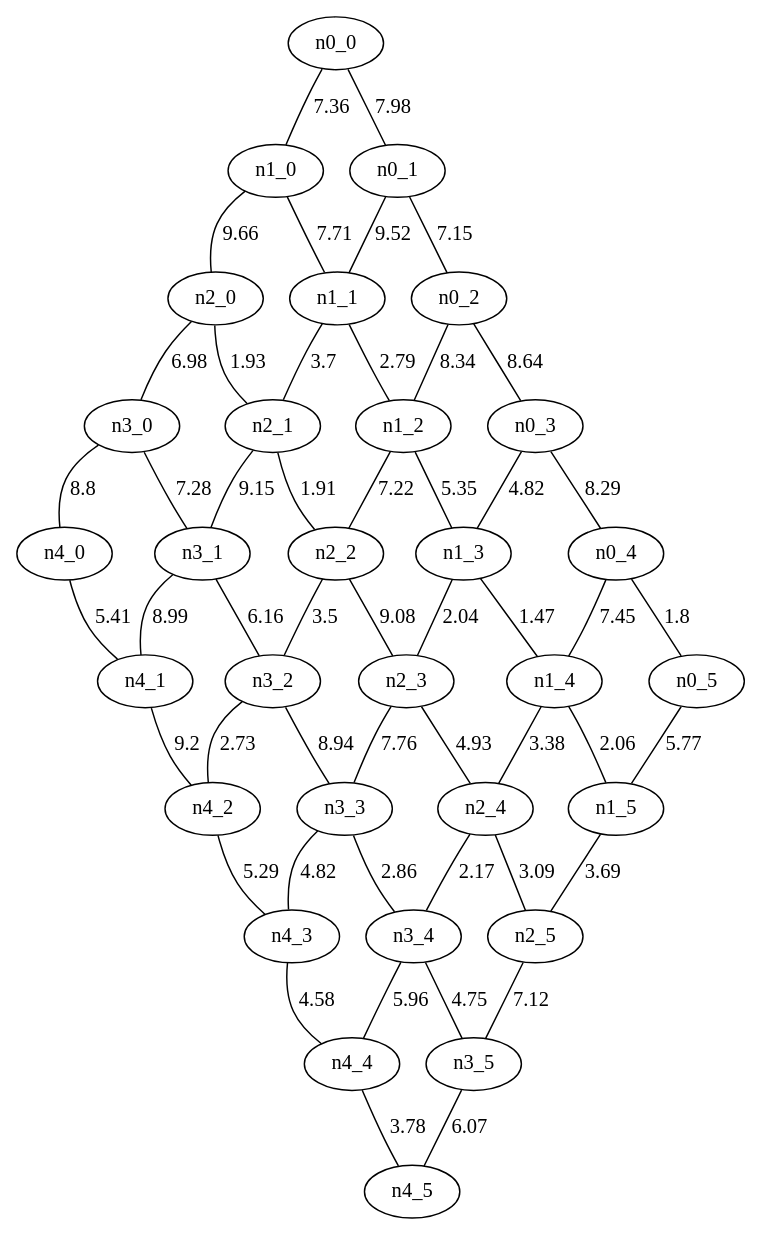
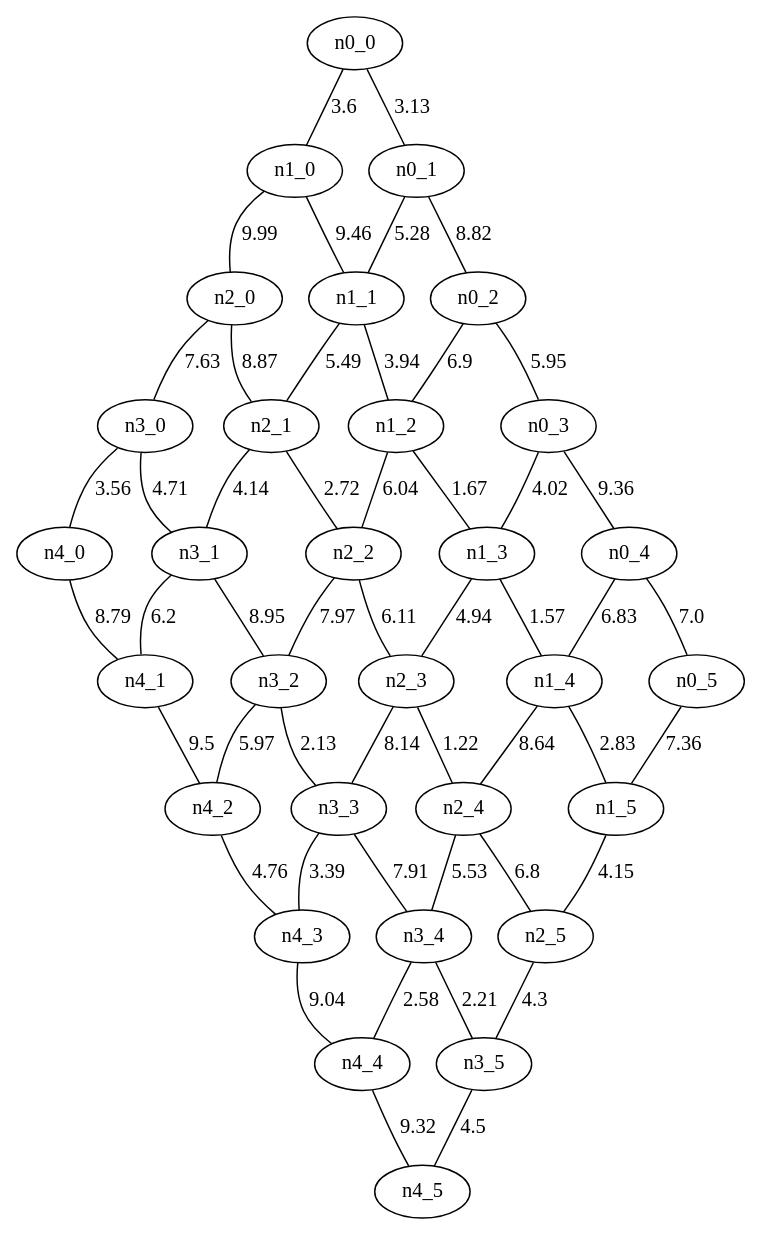
Before and after one commit to amorac4/DAA24: the diagram in Proyecto 3/ejemplos_grafo_dijkstra/grafo_malla_30.gv, drawn with Graphviz. The commit also changed 61 other files, not shown here.

```diff
--- a/Proyecto 3/ejemplos_grafo_dijkstra/grafo_malla_30.gv
+++ b/Proyecto 3/ejemplos_grafo_dijkstra/grafo_malla_30.gv
@@ -1,81 +1,81 @@
 graph G {
+"n1_0";
+"n0_0";
 "n4_3";
+"n3_1";
+"n1_4";
+"n0_2";
+"n2_0";
+"n4_2";
+"n3_3";
+"n3_4";
+"n0_1";
+"n1_3";
+"n2_3";
+"n2_2";
 "n2_4";
-"n1_0";
-"n3_4";
-"n3_1";
-"n0_2";
+"n1_2";
+"n0_5";
+"n3_2";
+"n1_5";
+"n0_3";
+"n2_1";
 "n4_4";
+"n4_0";
+"n4_5";
 "n3_5";
-"n0_5";
-"n0_0";
-"n1_3";
-"n0_3";
-"n2_0";
-"n4_0";
-"n1_2";
-"n4_2";
 "n3_0";
 "n2_5";
-"n1_5";
-"n2_2";
+"n0_4";
 "n4_1";
-"n3_2";
-"n2_3";
-"n0_1";
 "n1_1";
-"n1_4";
-"n2_1";
-"n0_4";
-"n4_5";
-"n3_3";
-    "n0_0" -- "n0_1"[label="7.98", len="7.98"];
-    "n2_0" -- "n2_1"[label="1.93", len="1.93"];
-    "n2_5" -- "n3_5"[label="7.12", len="7.12"];
-    "n3_3" -- "n3_4"[label="2.86", len="2.86"];
-    "n1_2" -- "n1_3"[label="5.35", len="5.35"];
-    "n2_0" -- "n3_0"[label="6.98", len="6.98"];
-    "n2_3" -- "n2_4"[label="4.93", len="4.93"];
-    "n3_1" -- "n4_1"[label="8.99", len="8.99"];
-    "n0_3" -- "n1_3"[label="4.82", len="4.82"];
-    "n0_2" -- "n1_2"[label="8.34", len="8.34"];
-    "n3_2" -- "n4_2"[label="2.73", len="2.73"];
-    "n0_4" -- "n0_5"[label="1.8", len="1.8"];
-    "n2_3" -- "n3_3"[label="7.76", len="7.76"];
-    "n1_1" -- "n2_1"[label="3.7", len="3.7"];
-    "n0_2" -- "n0_3"[label="8.64", len="8.64"];
-    "n1_1" -- "n1_2"[label="2.79", len="2.79"];
-    "n3_4" -- "n3_5"[label="4.75", len="4.75"];
-    "n4_4" -- "n4_5"[label="3.78", len="3.78"];
-    "n1_0" -- "n2_0"[label="9.66", len="9.66"];
-    "n3_3" -- "n4_3"[label="4.82", len="4.82"];
-    "n0_1" -- "n0_2"[label="7.15", len="7.15"];
-    "n2_1" -- "n2_2"[label="1.91", len="1.91"];
-    "n1_3" -- "n2_3"[label="2.04", len="2.04"];
-    "n4_2" -- "n4_3"[label="5.29", len="5.29"];
-    "n4_3" -- "n4_4"[label="4.58", len="4.58"];
-    "n2_1" -- "n3_1"[label="9.15", len="9.15"];
-    "n3_0" -- "n4_0"[label="8.8", len="8.8"];
-    "n3_2" -- "n3_3"[label="8.94", len="8.94"];
-    "n0_3" -- "n0_4"[label="8.29", len="8.29"];
-    "n3_4" -- "n4_4"[label="5.96", len="5.96"];
-    "n4_1" -- "n4_2"[label="9.2", len="9.2"];
-    "n2_2" -- "n2_3"[label="9.08", len="9.08"];
-    "n2_4" -- "n3_4"[label="2.17", len="2.17"];
-    "n3_5" -- "n4_5"[label="6.07", len="6.07"];
-    "n4_0" -- "n4_1"[label="5.41", len="5.41"];
-    "n1_3" -- "n1_4"[label="1.47", len="1.47"];
-    "n0_4" -- "n1_4"[label="7.45", len="7.45"];
-    "n1_0" -- "n1_1"[label="7.71", len="7.71"];
-    "n3_0" -- "n3_1"[label="7.28", len="7.28"];
-    "n0_5" -- "n1_5"[label="5.77", len="5.77"];
-    "n0_0" -- "n1_0"[label="7.36", len="7.36"];
-    "n1_2" -- "n2_2"[label="7.22", len="7.22"];
-    "n3_1" -- "n3_2"[label="6.16", len="6.16"];
-    "n2_4" -- "n2_5"[label="3.09", len="3.09"];
-    "n1_5" -- "n2_5"[label="3.69", len="3.69"];
-    "n1_4" -- "n2_4"[label="3.38", len="3.38"];
-    "n1_4" -- "n1_5"[label="2.06", len="2.06"];
-    "n2_2" -- "n3_2"[label="3.5", len="3.5"];
-    "n0_1" -- "n1_1"[label="9.52", len="9.52"];
+    "n4_3" -- "n4_4"[label="9.04", len="9.04"];
+    "n1_0" -- "n1_1"[label="9.46", len="9.46"];
+    "n0_2" -- "n0_3"[label="5.95", len="5.95"];
+    "n3_0" -- "n4_0"[label="3.56", len="3.56"];
+    "n3_4" -- "n4_4"[label="2.58", len="2.58"];
+    "n3_3" -- "n3_4"[label="7.91", len="7.91"];
+    "n0_1" -- "n1_1"[label="5.28", len="5.28"];
+    "n1_4" -- "n2_4"[label="8.64", len="8.64"];
+    "n0_2" -- "n1_2"[label="6.9", len="6.9"];
+    "n0_4" -- "n0_5"[label="7.0", len="7.0"];
+    "n0_4" -- "n1_4"[label="6.83", len="6.83"];
+    "n0_0" -- "n1_0"[label="3.6", len="3.6"];
+    "n1_5" -- "n2_5"[label="4.15", len="4.15"];
+    "n2_2" -- "n3_2"[label="7.97", len="7.97"];
+    "n2_2" -- "n2_3"[label="6.11", len="6.11"];
+    "n2_3" -- "n3_3"[label="8.14", len="8.14"];
+    "n1_3" -- "n2_3"[label="4.94", len="4.94"];
+    "n3_2" -- "n3_3"[label="2.13", len="2.13"];
+    "n2_0" -- "n3_0"[label="7.63", len="7.63"];
+    "n2_1" -- "n3_1"[label="4.14", len="4.14"];
+    "n2_5" -- "n3_5"[label="4.3", len="4.3"];
+    "n4_4" -- "n4_5"[label="9.32", len="9.32"];
+    "n0_3" -- "n1_3"[label="4.02", len="4.02"];
+    "n3_4" -- "n3_5"[label="2.21", len="2.21"];
+    "n4_2" -- "n4_3"[label="4.76", len="4.76"];
+    "n3_3" -- "n4_3"[label="3.39", len="3.39"];
+    "n1_1" -- "n2_1"[label="5.49", len="5.49"];
+    "n0_0" -- "n0_1"[label="3.13", len="3.13"];
+    "n3_5" -- "n4_5"[label="4.5", len="4.5"];
+    "n2_3" -- "n2_4"[label="1.22", len="1.22"];
+    "n1_4" -- "n1_5"[label="2.83", len="2.83"];
+    "n1_1" -- "n1_2"[label="3.94", len="3.94"];
+    "n1_2" -- "n1_3"[label="1.67", len="1.67"];
+    "n0_1" -- "n0_2"[label="8.82", len="8.82"];
+    "n4_0" -- "n4_1"[label="8.79", len="8.79"];
+    "n4_1" -- "n4_2"[label="9.5", len="9.5"];
+    "n1_3" -- "n1_4"[label="1.57", len="1.57"];
+    "n1_0" -- "n2_0"[label="9.99", len="9.99"];
+    "n2_0" -- "n2_1"[label="8.87", len="8.87"];
+    "n2_1" -- "n2_2"[label="2.72", len="2.72"];
+    "n3_2" -- "n4_2"[label="5.97", len="5.97"];
+    "n2_4" -- "n2_5"[label="6.8", len="6.8"];
+    "n3_1" -- "n3_2"[label="8.95", len="8.95"];
+    "n2_4" -- "n3_4"[label="5.53", len="5.53"];
+    "n3_0" -- "n3_1"[label="4.71", len="4.71"];
+    "n0_5" -- "n1_5"[label="7.36", len="7.36"];
+    "n3_1" -- "n4_1"[label="6.2", len="6.2"];
+    "n1_2" -- "n2_2"[label="6.04", len="6.04"];
+    "n0_3" -- "n0_4"[label="9.36", len="9.36"];
 }
```
